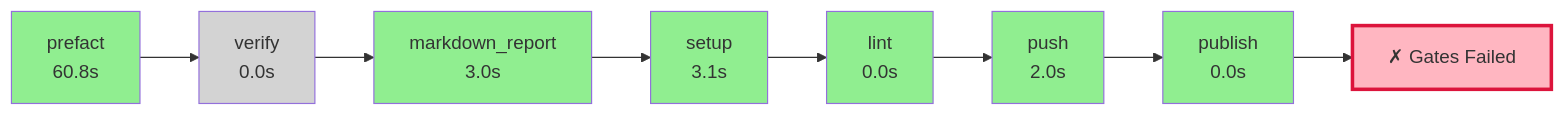
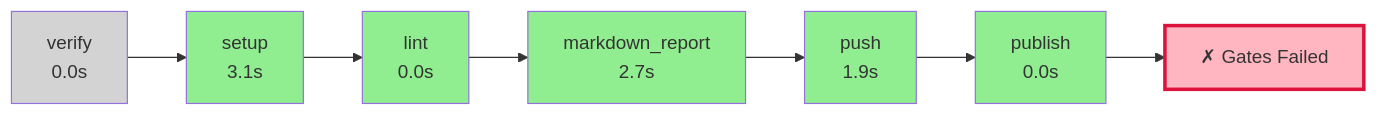
Before and after one commit to wronai/fixos: the diagram in .pyqual/report.md, drawn with Mermaid. The commit also changed other lines of this file and 3 other files, not shown here.

````diff
--- a/.pyqual/report.md
+++ b/.pyqual/report.md
@@ -10,26 +10,23 @@
 ```mermaid
 flowchart LR
-    S0["prefact<br/>60.8s"]
-    style S0 fill:#90EE90
-    S1["verify<br/>0.0s"]
-    style S1 fill:#D3D3D3
+    S0["verify<br/>0.0s"]
+    style S0 fill:#D3D3D3
+    S1["setup<br/>3.1s"]
+    style S1 fill:#90EE90
     S0 --> S1
-    S2["markdown_report<br/>3.0s"]
+    S2["lint<br/>0.0s"]
     style S2 fill:#90EE90
     S1 --> S2
-    S3["setup<br/>3.1s"]
+    S3["markdown_report<br/>2.7s"]
     style S3 fill:#90EE90
     S2 --> S3
-    S4["lint<br/>0.0s"]
+    S4["push<br/>1.9s"]
     style S4 fill:#90EE90
     S3 --> S4
-    S5["push<br/>2.0s"]
+    S5["publish<br/>0.0s"]
     style S5 fill:#90EE90
     S4 --> S5
-    S6["publish<br/>0.0s"]
-    style S6 fill:#90EE90
-    S5 --> S6
     G["✗ Gates Failed"]
     style G fill:#FFB6C1,stroke:#DC143C,stroke-width:3px
-    S6 --> G
+    S5 --> G
 ```
````
